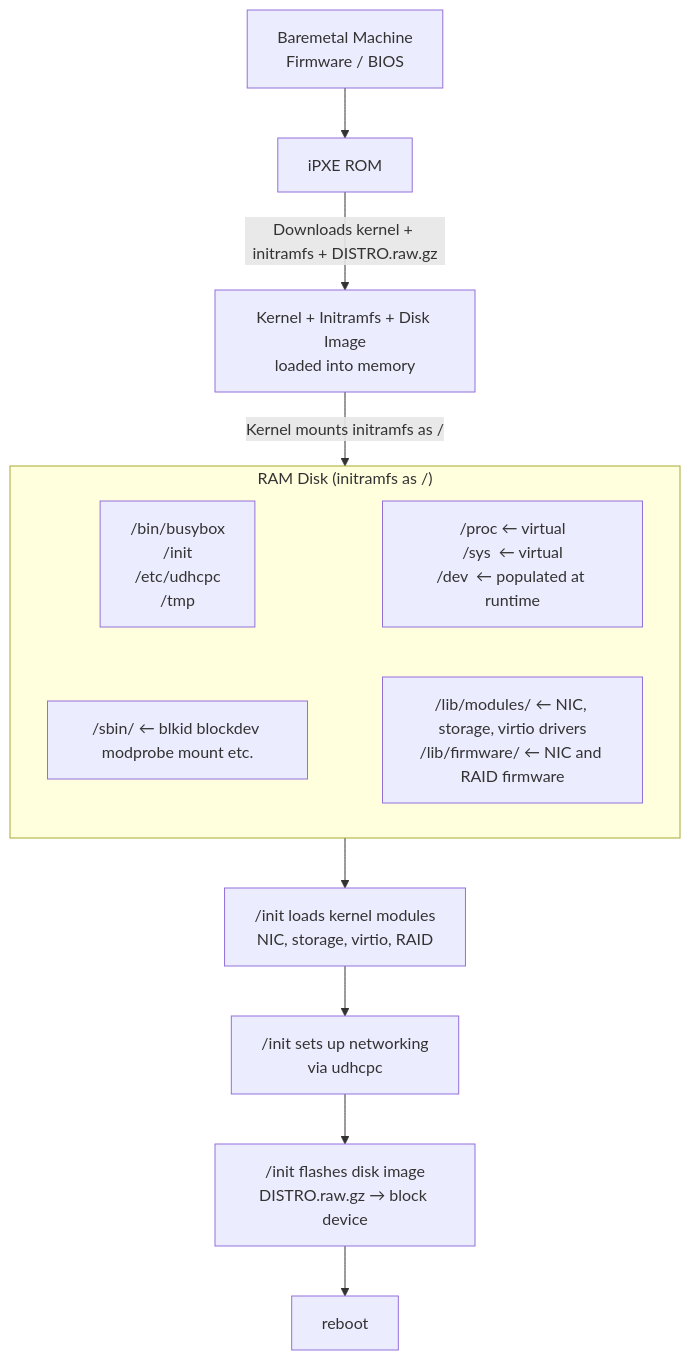
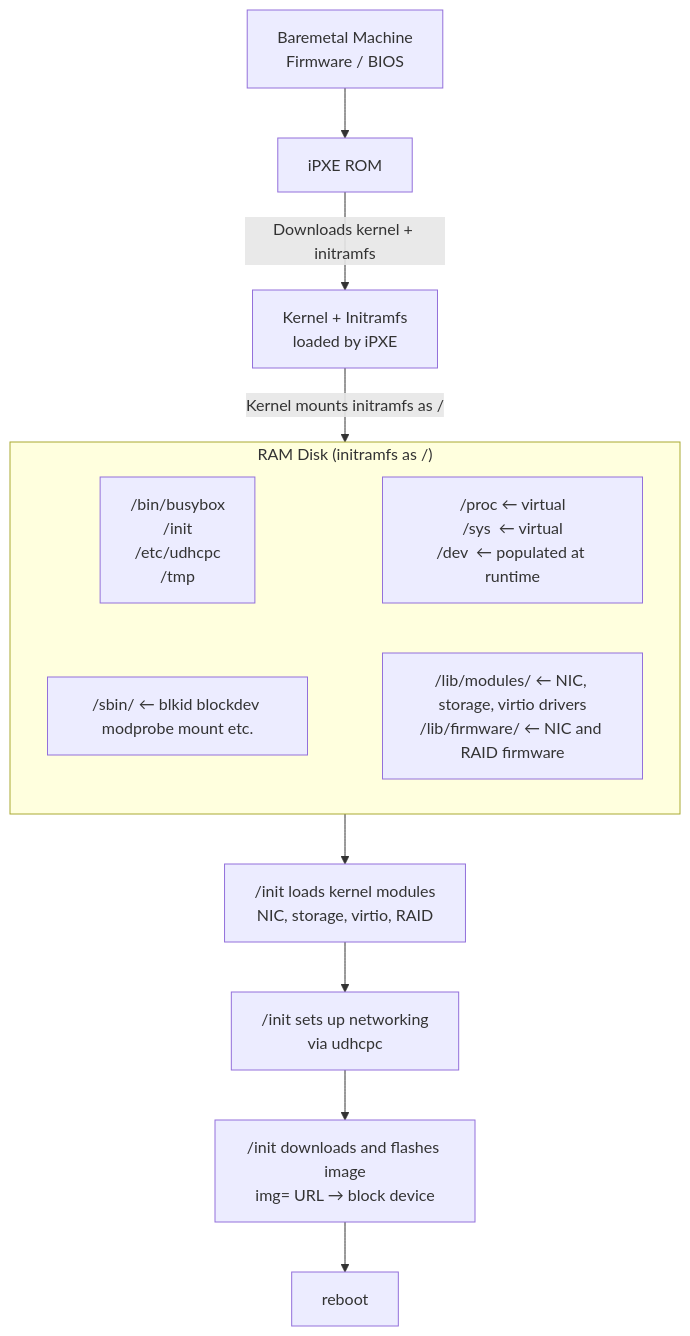
The diagram in doc/initramfs.md (jjbailey/initramfs-flash), drawn with Mermaid before and after one commit. The commit also changed other lines of this file and 2 other files, not shown here.

Commit message:
update docs (#6)

````diff
--- a/doc/initramfs.md
+++ b/doc/initramfs.md
@@ -4,28 +5,28 @@
 ```mermaid
 flowchart TD
     A["Baremetal Machine<br/>Firmware / BIOS"]
     B[iPXE ROM]
-    C["Kernel + Initramfs + Disk Image<br/>loaded into memory"]
+    C["Kernel + Initramfs<br/>loaded by iPXE"]
 
     subgraph ramdisk ["RAM Disk (initramfs as /)"]
         D1["/bin/busybox<br/>/init<br/>/etc/udhcpc<br/>/tmp"]
         D2["/proc ← virtual<br/>/sys  ← virtual<br/>/dev  ← populated at runtime"]
         D3["/sbin/ ← blkid blockdev modprobe mount etc."]
         D4["/lib/modules/ ← NIC, storage, virtio drivers<br/>/lib/firmware/ ← NIC and RAID firmware"]
         D1 ~~~ D2
         D3 ~~~ D4
     end
 
     E1["/init loads kernel modules<br/>NIC, storage, virtio, RAID"]
     E2["/init sets up networking<br/>via udhcpc"]
-    E3["/init flashes disk image<br/>DISTRO.raw.gz → block device"]
+    E3["/init downloads and flashes image<br/>img= URL → block device"]
     F[reboot]
 
     A --> B
-    B -->|"Downloads kernel + initramfs + DISTRO.raw.gz"| C
+    B -->|"Downloads kernel + initramfs"| C
     C -->|"Kernel mounts initramfs as /"| ramdisk
     ramdisk --> E1
     E1 --> E2
     E2 --> E3
     E3 --> F
 ```
````
